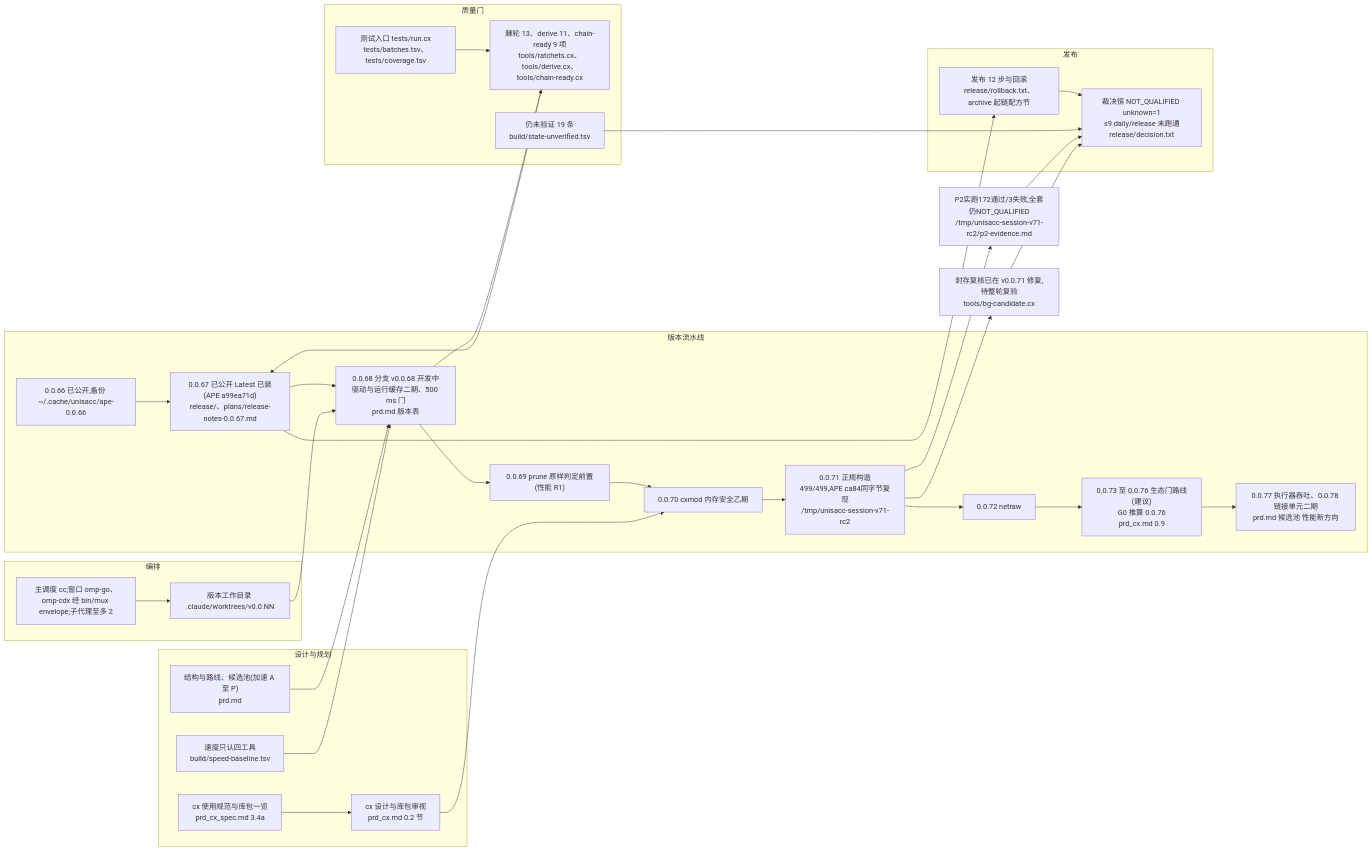
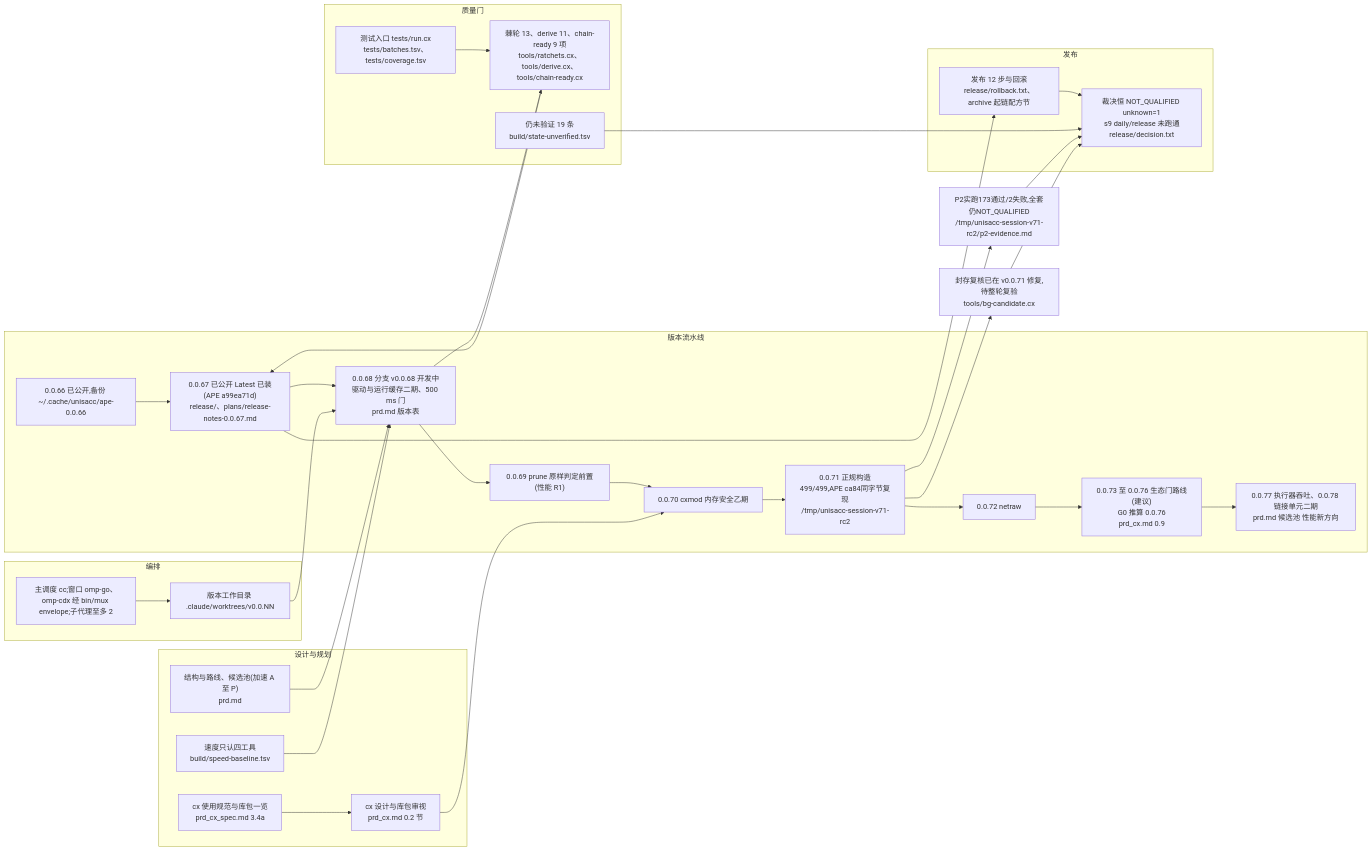
The diagram in prd_mempalace.md (partnernetsoftware/unisacc), drawn with Mermaid before and after one commit. The commit also changed other lines of this file and 2 other files, not shown here.

Commit message:
登记P2剩余两项失败及候选性质组实跑结果

````diff
--- a/prd_mempalace.md
+++ b/prd_mempalace.md
@@ -15,48 +15,48 @@
 ```mermaid
 flowchart LR
   subgraph 版本流水线
     V66["0.0.66 已公开,备份 ~/.cache/unisacc/ape-0.0.66"]
     V67["0.0.67 已公开 Latest 已装(APE a99ea71d)<br/>release/、plans/release-notes-0.0.67.md"]
     V68["0.0.68 分支 v0.0.68 开发中<br/>驱动与运行缓存二期、500 ms 门<br/>prd.md 版本表"]
     V69["0.0.69 prune 原样判定前置(性能 R1)"]
     V70["0.0.70 cxmod 内存安全乙期"]
     V71["0.0.71 正规构造499/499,APE ca84同字节复现<br/>/tmp/unisacc-session-v71-rc2"]
     V72["0.0.72 netraw"]
     ECO["0.0.73 至 0.0.76 生态门路线(建议)<br/>G0 推算 0.0.76<br/>prd_cx.md 0.9"]
     PERF["0.0.77 执行器吞吐、0.0.78 链接单元二期<br/>prd.md 候选池 性能新方向"]
     V66 --> V67 --> V68 --> V69 --> V70 --> V71 --> V72 --> ECO --> PERF
   end
   subgraph 发布
     REL["发布 12 步与回滚<br/>release/rollback.txt、archive 起链配方节"]
     Q["裁决恒 NOT_QUALIFIED unknown=1<br/>s9 daily/release 未跑通<br/>release/decision.txt"]
   end
   subgraph 质量门
     GATE["棘轮 13、derive 11、chain-ready 9 项<br/>tools/ratchets.cx、tools/derive.cx、tools/chain-ready.cx"]
     TEST["测试入口 tests/run.cx<br/>tests/batches.tsv、tests/coverage.tsv"]
     UV["仍未验证 19 条<br/>build/state-unverified.tsv"]
   end
   subgraph 设计与规划
     PRD["结构与路线、候选池(加速 A 至 P)<br/>prd.md"]
     CX["cx 设计与库包审视<br/>prd_cx.md 0.2 节"]
     SPEC["cx 使用规范与库包一览<br/>prd_cx_spec.md 3.4a"]
     SPEED["速度只认四工具<br/>build/speed-baseline.tsv"]
   end
   subgraph 编排
     ORCH["主调度 cc;窗口 omp-go、omp-cdx 经 bin/mux envelope;子代理至多 2"]
     WT["版本工作目录 .claude/worktrees/v0.0.NN"]
   end
   V67 --> REL --> Q
   V68 --> GATE
   GATE --> V67
   TEST --> GATE
   UV --> Q
   PRD --> V68
   CX --> V70
   SPEC --> CX
   SPEED --> V68
   ORCH --> WT --> V68
-  T71["P2实跑172通过/3失败,全套仍NOT_QUALIFIED<br/>/tmp/unisacc-session-v71-rc2/p2-evidence.md"]
+  T71["P2实跑173通过/2失败,全套仍NOT_QUALIFIED<br/>/tmp/unisacc-session-v71-rc2/p2-evidence.md"]
   S71["封存复核已在 v0.0.71 修复,待整轮复验<br/>tools/bg-candidate.cx"]
   V71 --> T71 --> Q
   V71 --> S71 --> Q
 ```
````
